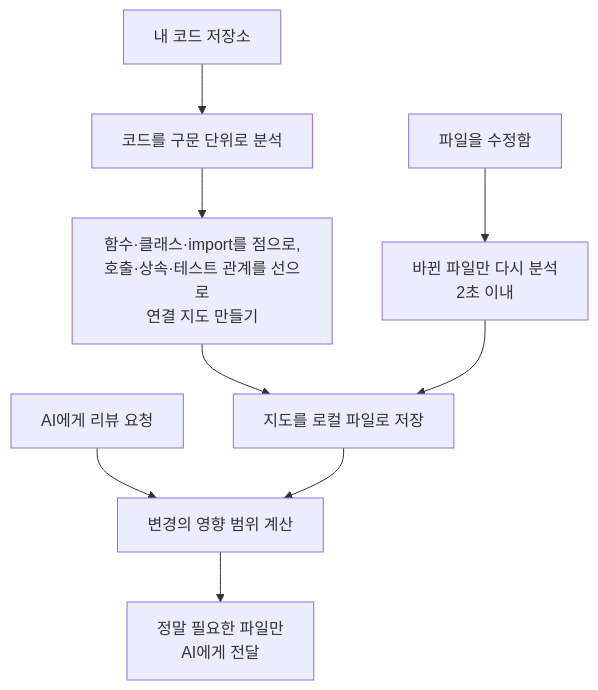
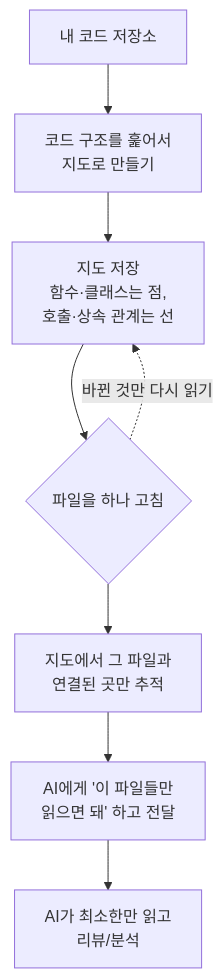
Before and after one commit to altjs4510/ai_news_blog: the diagram in content/knowledge/20260721.md, drawn with Mermaid. The commit also changed other lines of this file and 1 other file, not shown here.

````diff
--- a/content/knowledge/20260721.md
+++ b/content/knowledge/20260721.md
@@ -43,11 +43,10 @@
 ```mermaid
 flowchart TD
-    A[내 코드 저장소] --> B[코드를 구문 단위로 분석]
-    B --> C[함수·클래스·import를 점으로,<br/>호출·상속·테스트 관계를 선으로<br/>연결 지도 만들기]
-    C --> D[지도를 로컬 파일로 저장]
-    E[파일을 수정함] --> F[바뀐 파일만 다시 분석<br/>2초 이내]
-    F --> D
-    G[AI에게 리뷰 요청] --> H[변경의 영향 범위 계산]
-    D --> H
-    H --> I[정말 필요한 파일만<br/>AI에게 전달]
+    A[내 코드 저장소] --> B[코드 구조를 훑어서<br/>지도로 만들기]
+    B --> C[지도 저장<br/>함수·클래스는 점,<br/>호출·상속 관계는 선]
+    C --> D{파일을 하나 고침}
+    D --> E[지도에서 그 파일과<br/>연결된 곳만 추적]
+    E --> F[AI에게 '이 파일들만<br/>읽으면 돼' 하고 전달]
+    F --> G[AI가 최소한만 읽고<br/>리뷰/분석]
+    D -.바뀐 것만 다시 읽기.-> C
 ```
````
